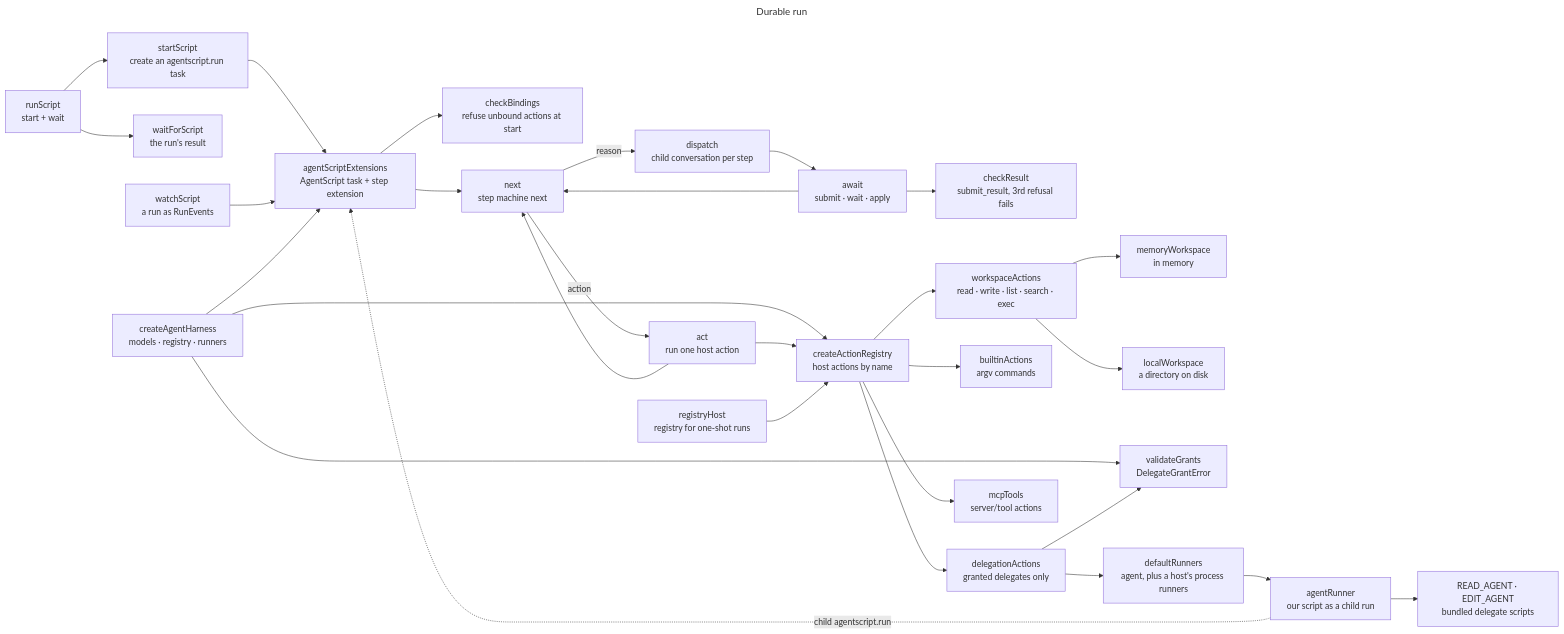
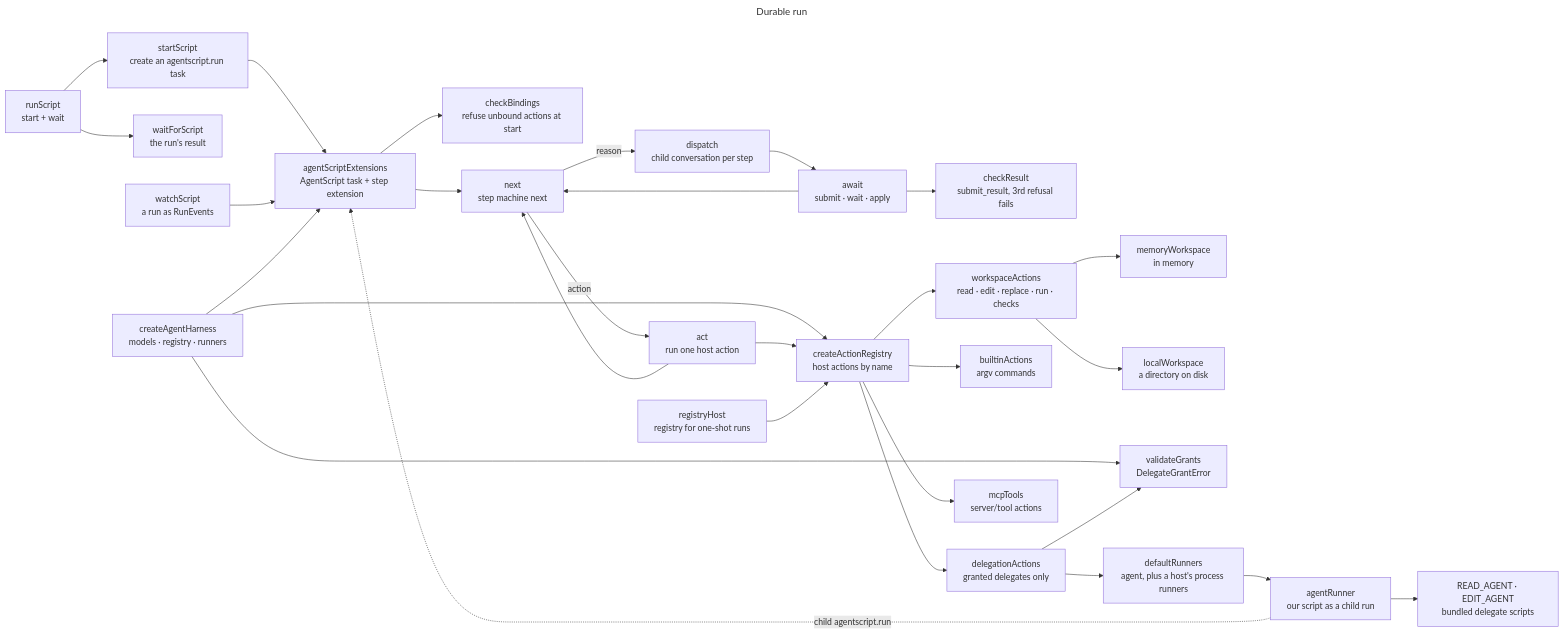
Before and after one commit to jtaylorcpp/specsesh-agent: the diagram in blueprint/durable-run.mmd, drawn with Mermaid. The commit also changed 52 other files, not shown here.

First line of the commit message:
edit-and-turns: replace_in_file; a configurable Claude Code turn limit

```diff
--- a/blueprint/durable-run.mmd
+++ b/blueprint/durable-run.mmd
@@ -1,84 +1,84 @@
 ---
 title: Durable run
 ---
 flowchart LR
   runscript[runScript<br/>start + wait]
   startscript[startScript<br/>create an agentscript.run task]
   wait[waitForScript<br/>the run's result]
   watch[watchScript<br/>a run as RunEvents]
   harness[createAgentHarness<br/>models · registry · runners]
   ext[agentScriptExtensions<br/>AgentScript task + step extension]
   bind[checkBindings<br/>refuse unbound actions at start]
   next[next<br/>step machine next]
   dispatch[dispatch<br/>child conversation per step]
   await[await<br/>submit · wait · apply]
   submit[checkResult<br/>submit_result, 3rd refusal fails]
   act[act<br/>run one host action]
   registry[createActionRegistry<br/>host actions by name]
   toolhost[registryHost<br/>registry for one-shot runs]
-  ws[workspaceActions<br/>read · write · list · search · exec]
+  ws[workspaceActions<br/>read · edit · replace · run · checks]
   mem[memoryWorkspace<br/>in memory]
   local[localWorkspace<br/>a directory on disk]
   builtins[builtinActions<br/>argv commands]
   deleg[delegationActions<br/>granted delegates only]
   grants[validateGrants<br/>DelegateGrantError]
   runners[defaultRunners<br/>agent, plus a host's process runners]
   agentrun[agentRunner<br/>our script as a child run]
   scripts[READ_AGENT · EDIT_AGENT<br/>bundled delegate scripts]
   mcptools[mcpTools<br/>server/tool actions]
 
   runscript --> startscript
   runscript --> wait
   startscript --> ext
   watch --> ext
   harness --> ext
   harness --> registry
   harness --> grants
   ext --> bind
   ext --> next
   next -->|reason| dispatch
   dispatch --> await
   await --> submit
   await --> next
   next -->|action| act
   act --> registry
   act --> next
   toolhost --> registry
   registry --> ws
   registry --> builtins
   registry --> deleg
   registry --> mcptools
   ws --> mem
   ws --> local
   deleg --> grants
   deleg --> runners
   runners --> agentrun
   agentrun --> scripts
   agentrun -.->|child agentscript.run| ext
 
   %% code: runscript packages/agent/src/durable/host.ts:74
   %% code: startscript packages/agent/src/durable/host.ts:22
   %% code: wait packages/agent/src/durable/host.ts:58
   %% code: watch packages/agent/src/durable/watch.ts:61
   %% code: harness packages/agent/src/durable/harness.ts:16
   %% code: ext packages/agent/src/durable/extension.ts:262
   %% code: bind packages/agent/src/durable/actions.ts:154
   %% code: next packages/agent/src/durable/extension.ts:329
   %% code: dispatch packages/agent/src/durable/extension.ts:350
   %% code: await packages/agent/src/durable/extension.ts:362
   %% code: submit packages/agent/src/durable/result.ts:11
   %% code: act packages/agent/src/durable/extension.ts:372
   %% code: registry packages/agent/src/durable/actions.ts:106
   %% code: toolhost packages/agent/src/durable/tool-host.ts:24
-  %% code: ws packages/agent/src/durable/workspace.ts:329
-  %% code: mem packages/agent/src/durable/workspace.ts:197
+  %% code: ws packages/agent/src/durable/workspace.ts:330
+  %% code: mem packages/agent/src/durable/workspace.ts:198
   %% code: local packages/agent/src/node/local-workspace.ts:29
   %% code: builtins packages/agent/src/node/builtins.ts:25
   %% code: deleg packages/agent/src/durable/delegation.ts:160
   %% code: grants packages/agent/src/durable/delegation.ts:87
   %% code: runners packages/agent/src/node/index.ts:9
   %% code: agentrun packages/agent/src/durable/agent-runner.ts:162
-  %% code: scripts packages/agent/src/durable/delegate-scripts.ts:112
+  %% code: scripts packages/agent/src/durable/delegate-scripts.ts:129
   %% code: mcptools packages/agent/src/mcp/mcp.ts:102
 
-  class runners done
+  class ws done
```
